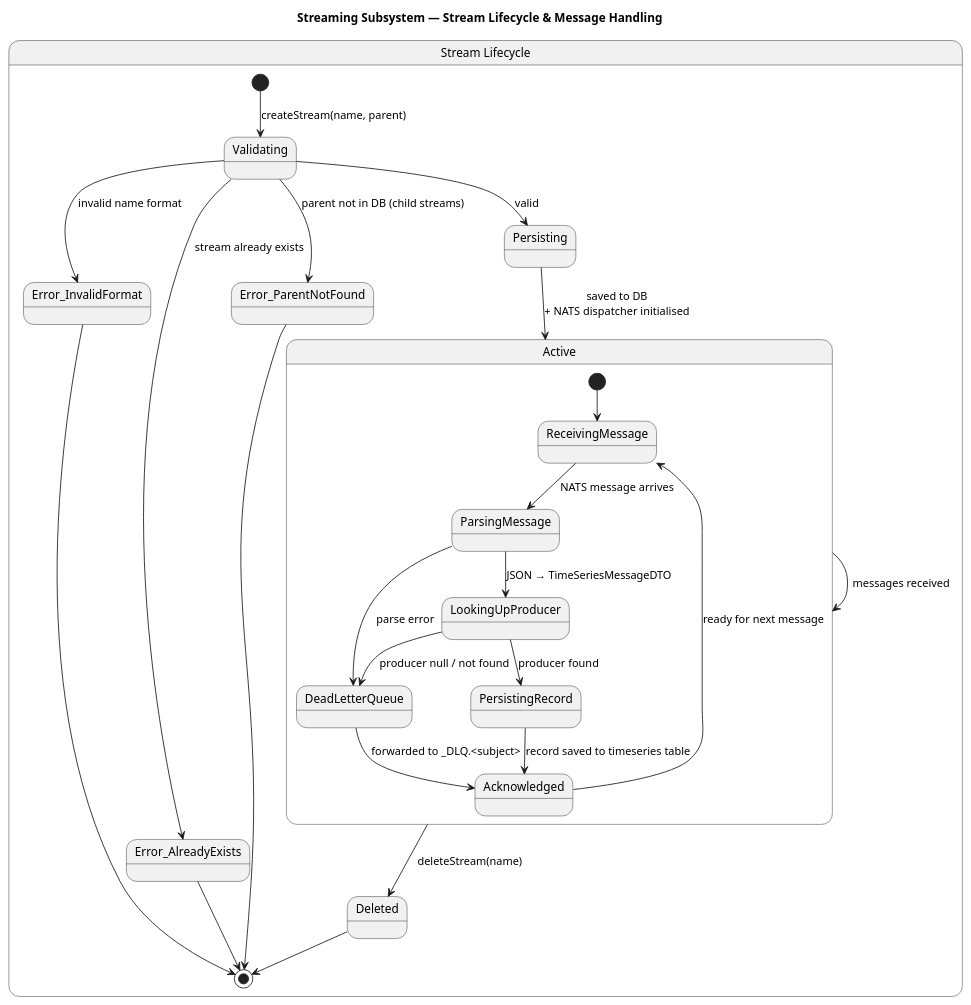
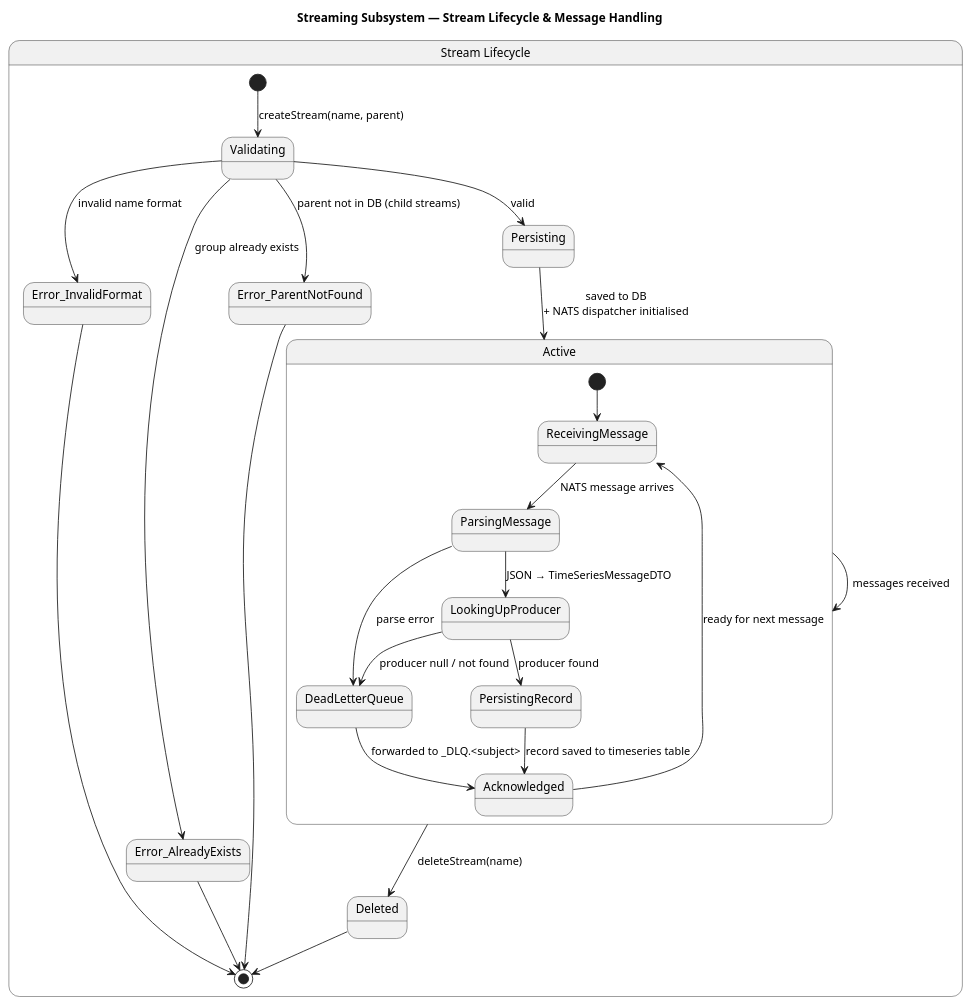
One commit to mikeyfennelly1/ise--y2--b3--project--web-app changed the diagram in docs/streaming-subsystem.md. Above: the diagram before and after it, drawn with PlantUML. The commit also changed other lines of this file and 53 other files, not shown here.

````diff
--- a/docs/streaming-subsystem.md
+++ b/docs/streaming-subsystem.md
@@ -5,45 +5,45 @@
 ```plantuml
 @startuml streaming-subsystem
 title Streaming Subsystem — Stream Lifecycle & Message Handling
 
 ' ── Stream lifecycle ──────────────────────────────────────────────
 state "Stream Lifecycle" as lifecycle {
     [*] --> Validating : createStream(name, parent)
 
     Validating --> Error_InvalidFormat   : invalid name format
-    Validating --> Error_AlreadyExists   : stream already exists
+    Validating --> Error_AlreadyExists   : group already exists
     Validating --> Error_ParentNotFound  : parent not in DB (child streams)
     Validating --> Persisting            : valid
 
     Persisting --> Active : saved to DB\n+ NATS dispatcher initialised
 
     Active --> Active       : messages received
     Active --> Deleted      : deleteStream(name)
 
     Deleted --> [*]
 
     Error_InvalidFormat  --> [*]
     Error_AlreadyExists  --> [*]
     Error_ParentNotFound --> [*]
 }
 
 ' ── Message handling (inside Active state) ────────────────────────
 state Active {
     [*] --> ReceivingMessage
 
     ReceivingMessage --> ParsingMessage   : NATS message arrives
 
     ParsingMessage --> LookingUpProducer  : JSON → TimeSeriesMessageDTO
     ParsingMessage --> DeadLetterQueue    : parse error
 
     LookingUpProducer --> PersistingRecord : producer found
     LookingUpProducer --> DeadLetterQueue  : producer null / not found
 
     PersistingRecord --> Acknowledged  : record saved to timeseries table
     DeadLetterQueue  --> Acknowledged  : forwarded to _DLQ.<subject>
 
     Acknowledged --> ReceivingMessage : ready for next message
 }
 
 @enduml
 ```
````
